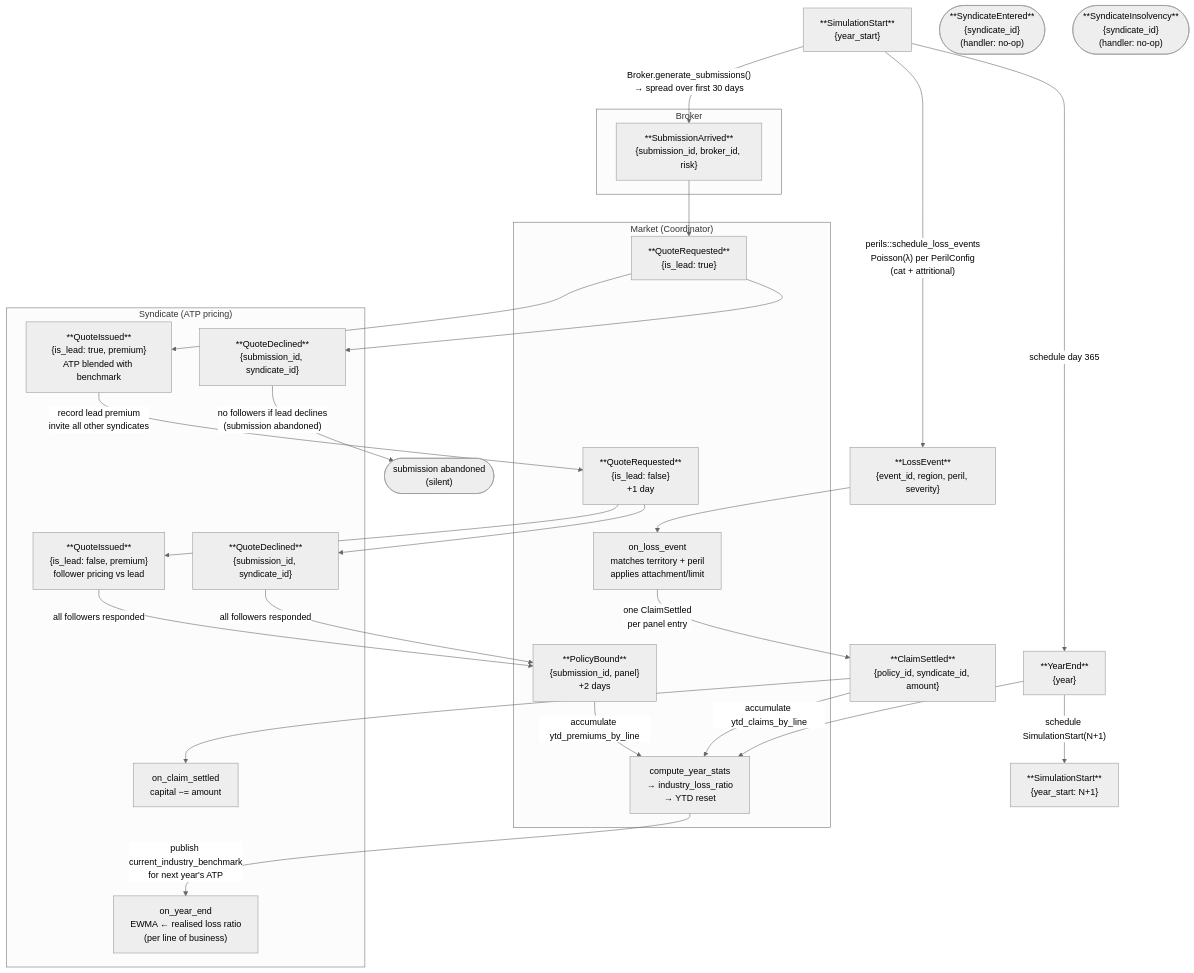
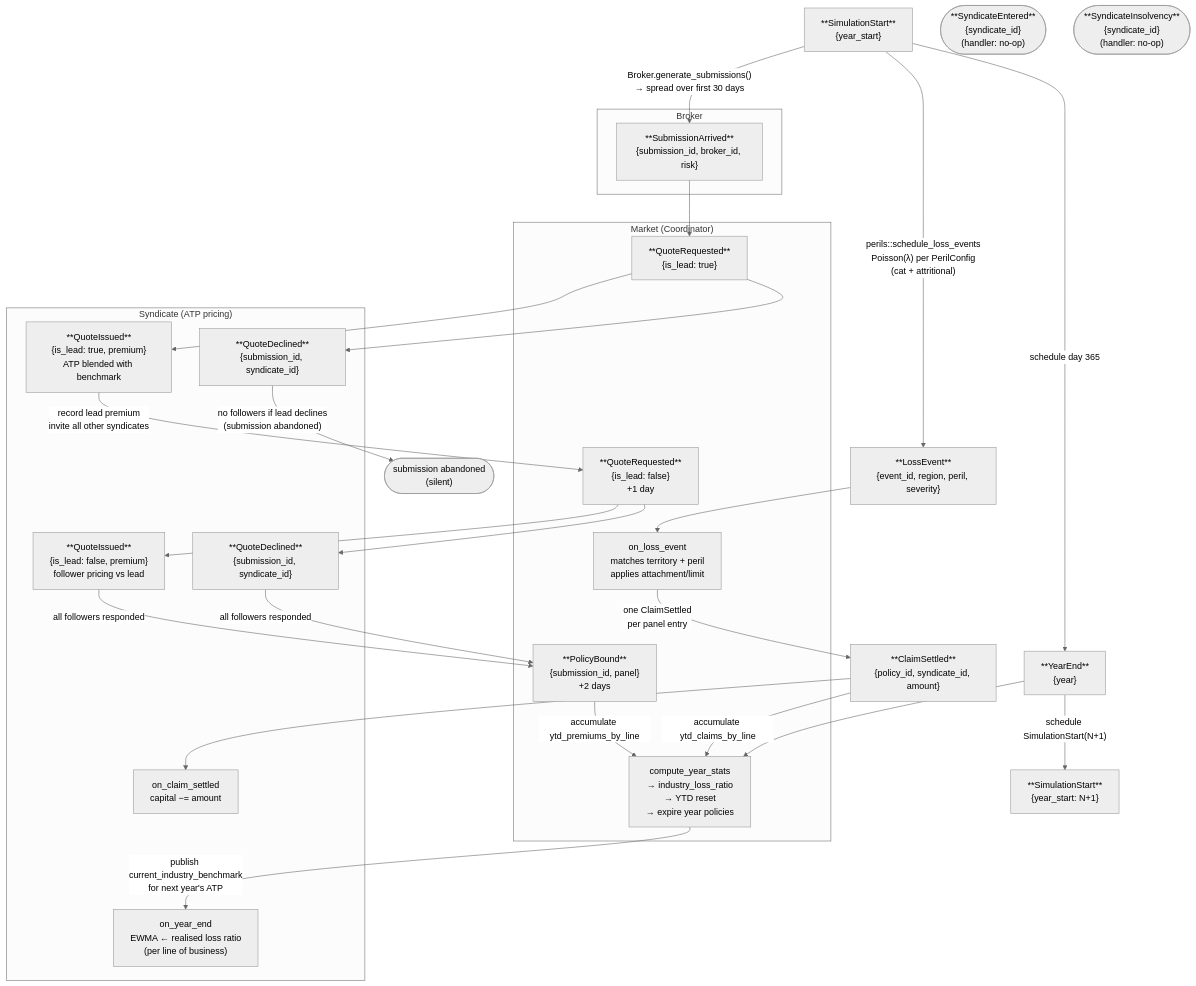
One commit to samthorold/rins changed the diagram in docs/event-flow.md. Above: the diagram before and after it, drawn with Mermaid (neutral theme). The commit also changed other lines of this file and 7 other files, not shown here.

````diff
--- a/docs/event-flow.md
+++ b/docs/event-flow.md
@@ -6,68 +6,68 @@
 ```mermaid
 flowchart TD
     %% ── Year lifecycle ──────────────────────────────────────────────────────
 
     SS["**SimulationStart**\n{year_start}"]
     YE["**YearEnd**\n{year}"]
     LE["**LossEvent**\n{event_id, region, peril, severity}"]
     SS_NEXT["**SimulationStart**\n{year_start: N+1}"]
 
     SS -->|"Broker.generate_submissions()\n→ spread over first 30 days"| SA
     SS -->|"perils::schedule_loss_events\nPoisson(λ) per PerilConfig\n(cat + attritional)"| LE
     SS -->|"schedule day 365"| YE
 
     %% ── Quoting round ───────────────────────────────────────────────────────
 
     subgraph Broker
         SA["**SubmissionArrived**\n{submission_id, broker_id, risk}"]
     end
 
     subgraph Market["Market (Coordinator)"]
         QR_L["**QuoteRequested**\n{is_lead: true}"]
         QR_F["**QuoteRequested**\n{is_lead: false}\n+1 day"]
         PB["**PolicyBound**\n{submission_id, panel}\n+2 days"]
         LE_D["on_loss_event\nmatches territory + peril\napplies attachment/limit"]
-        STATS["compute_year_stats\n→ industry_loss_ratio\n→ YTD reset"]
+        STATS["compute_year_stats\n→ industry_loss_ratio\n→ YTD reset\n→ expire year policies"]
     end
 
     subgraph Syndicate["Syndicate  (ATP pricing)"]
         QI_L["**QuoteIssued**\n{is_lead: true, premium}\nATP blended with benchmark"]
         QD_L["**QuoteDeclined**\n{submission_id, syndicate_id}"]
         QI_F["**QuoteIssued**\n{is_lead: false, premium}\nfollower pricing vs lead"]
         QD_F["**QuoteDeclined**\n{submission_id, syndicate_id}"]
         CS_S["on_claim_settled\ncapital −= amount"]
         YE_S["on_year_end\nEWMA ← realised loss ratio\n(per line of business)"]
     end
 
     SA --> QR_L
     QR_L --> QI_L
     QR_L --> QD_L
     QI_L -->|"record lead premium\ninvite all other syndicates"| QR_F
     QD_L -->|"no followers if lead declines\n(submission abandoned)"| ABANDON(["submission abandoned\n(silent)"])
     QR_F --> QI_F
     QR_F --> QD_F
     QI_F -->|"all followers responded"| PB
     QD_F -->|"all followers responded"| PB
 
     %% ── Loss cascade ────────────────────────────────────────────────────────
 
     CS["**ClaimSettled**\n{policy_id, syndicate_id, amount}"]
 
     LE --> LE_D
     LE_D -->|"one ClaimSettled\nper panel entry"| CS
     CS --> CS_S
     CS -->|"accumulate ytd_claims_by_line"| STATS
 
     PB -->|"accumulate ytd_premiums_by_line"| STATS
 
     %% ── Year end ────────────────────────────────────────────────────────────
 
     YE --> STATS
     STATS -->|"publish current_industry_benchmark\nfor next year's ATP"| YE_S
     YE -->|"schedule SimulationStart(N+1)"| SS_NEXT
 
     %% ── Entry / insolvency (stubs) ──────────────────────────────────────────
 
     SE(["**SyndicateEntered**\n{syndicate_id}\n(handler: no-op)"])
     SI(["**SyndicateInsolvency**\n{syndicate_id}\n(handler: no-op)"])
 ```
````
